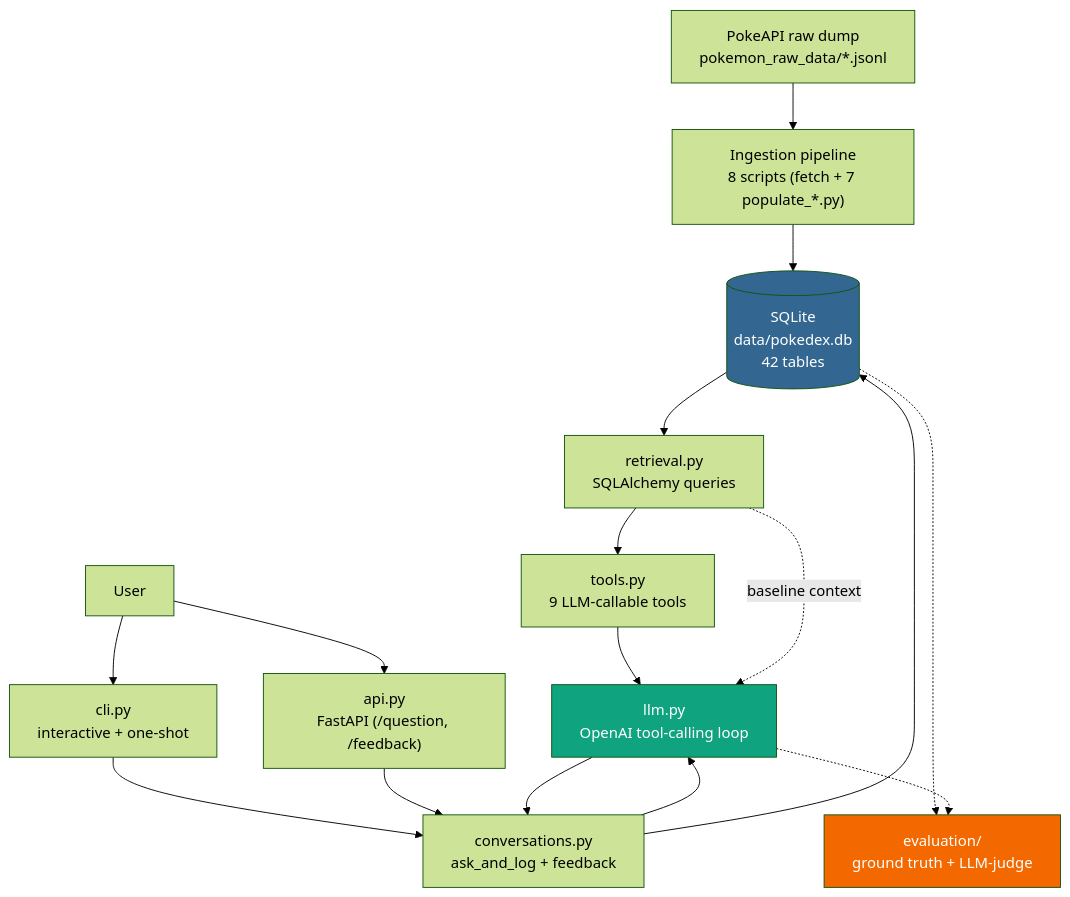
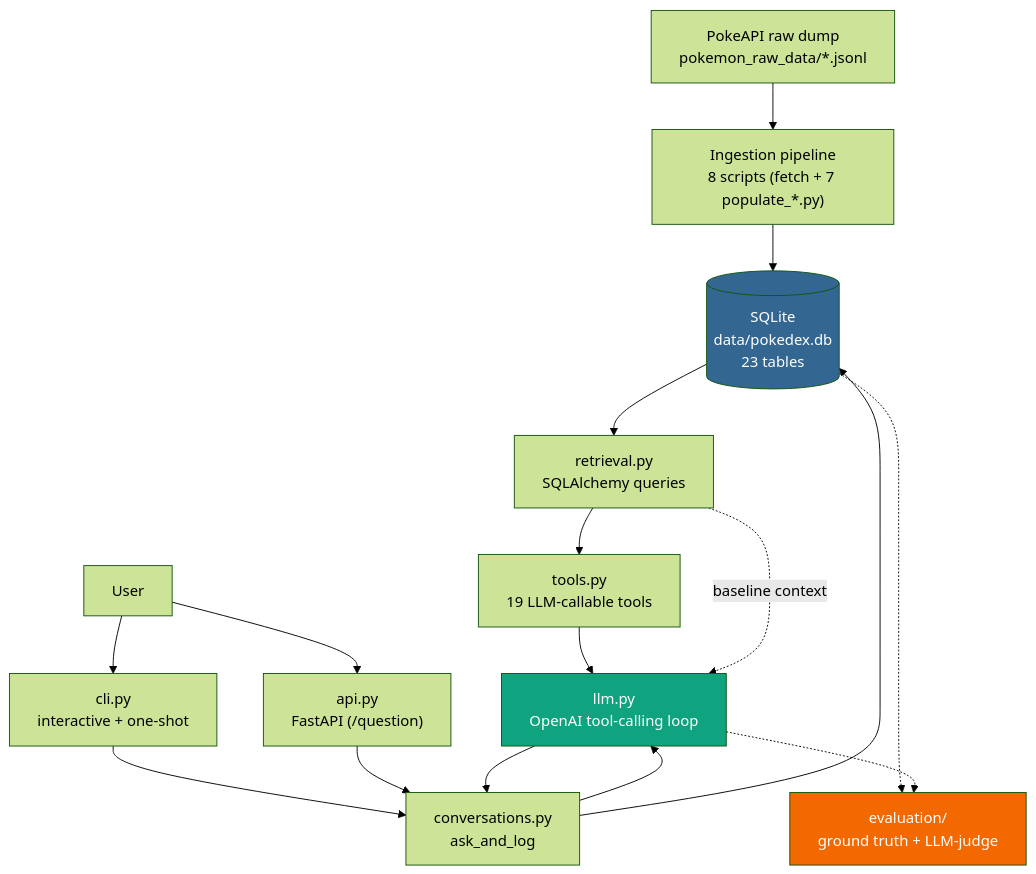
One commit to alexispdDev/profesor-oak-ai changed the diagram in README.md. Above: the diagram before and after it, drawn with Mermaid (forest theme). The commit also changed other lines of this file, not shown here.

````diff
--- a/README.md
+++ b/README.md
@@ -28,28 +28,28 @@
 ```mermaid
 flowchart TD
     RawData["PokeAPI raw dump<br/>pokemon_raw_data/*.jsonl"]
     Ingestion["Ingestion pipeline<br/>8 scripts (fetch + 7 populate_*.py)"]
-    DB[("SQLite<br/>data/pokedex.db<br/>42 tables")]
+    DB[("SQLite<br/>data/pokedex.db<br/>23 tables")]
     Retrieval["retrieval.py<br/>SQLAlchemy queries"]
-    Tools["tools.py<br/>9 LLM-callable tools"]
+    Tools["tools.py<br/>19 LLM-callable tools"]
     LLM["llm.py<br/>OpenAI tool-calling loop"]
     CLI["cli.py<br/>interactive + one-shot"]
-    API["api.py<br/>FastAPI (/question, /feedback)"]
-    Conv["conversations.py<br/>ask_and_log + feedback"]
+    API["api.py<br/>FastAPI (/question)"]
+    Conv["conversations.py<br/>ask_and_log"]
     Eval["evaluation/<br/>ground truth + LLM-judge"]
     User["User"]
 
     RawData --> Ingestion --> DB
     DB --> Retrieval --> Tools --> LLM
     Retrieval -.baseline context.-> LLM
     User --> CLI --> Conv
     User --> API --> Conv
     Conv --> LLM --> Conv
     Conv --> DB
     DB -.-> Eval
     LLM -.-> Eval
 
     style DB fill:#336791,color:#fff
     style LLM fill:#10a37f,color:#fff
     style Eval fill:#f46800,color:#fff
 ```
````
